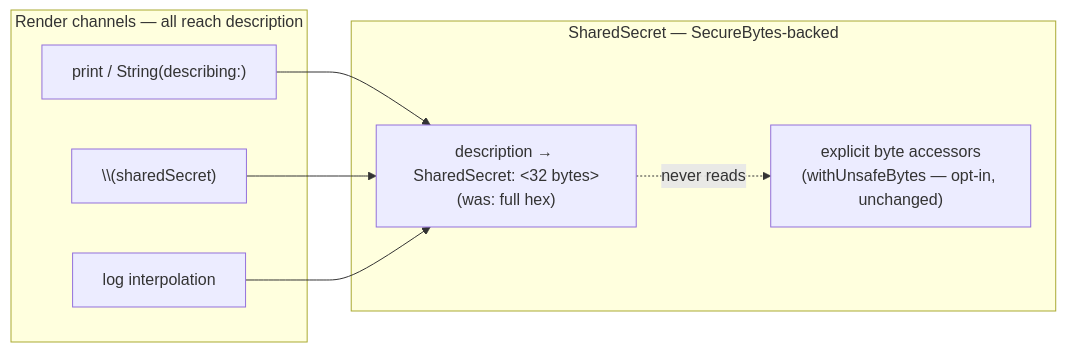
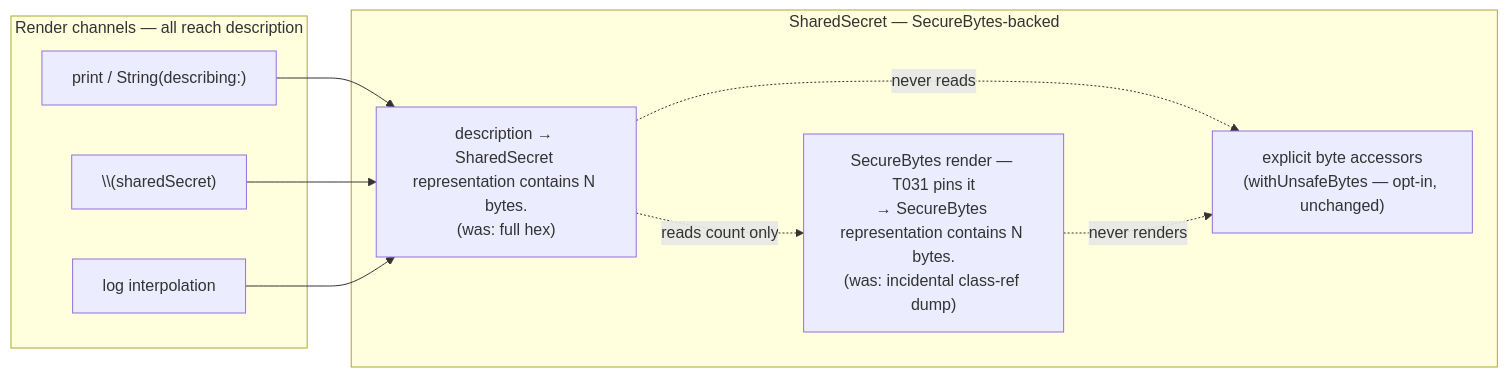
Before and after one commit to 21-DOT-DEV/swift-secp256k1: the fifth of 7 diagrams in Development/Specs/004-audit-hardening/plan.md, drawn with Mermaid. The commit also changed other lines of this file and 5 other files, not shown here.

Commit message:
fix: SharedSecret.description stops printing the ECDH shared secret (#1226)

````diff
--- a/Development/Specs/004-audit-hardening/plan.md
+++ b/Development/Specs/004-audit-hardening/plan.md
@@ -492,14 +513,17 @@
 ```mermaid
 flowchart LR
     subgraph channels["Render channels — all reach description"]
         pr["print / String(describing:)"]
         interp["\\(sharedSecret)"]
         log["log interpolation"]
     end
     subgraph store["SharedSecret — SecureBytes-backed"]
-        desc["description → SharedSecret: <32 bytes><br/>(was: full hex)"]
+        desc["description → SharedSecret representation contains N bytes.<br/>(was: full hex)"]
+        sb["SecureBytes render — T031 pins it<br/>→ SecureBytes representation contains N bytes.<br/>(was: incidental class-ref dump)"]
         bytes["explicit byte accessors<br/>(withUnsafeBytes — opt-in, unchanged)"]
     end
     pr & interp & log --> desc
+    desc -.->|"reads count only"| sb
     desc -.->|"never reads"| bytes
+    sb -.->|"never renders"| bytes
 ```
````
